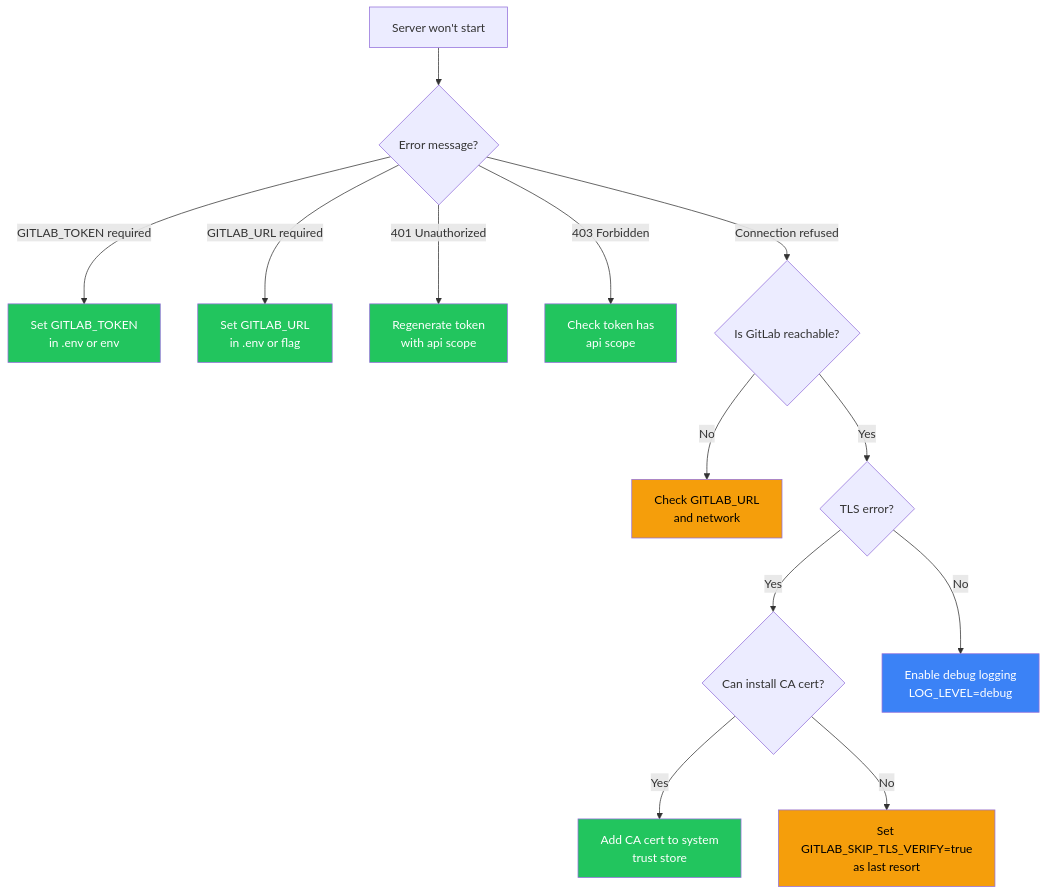
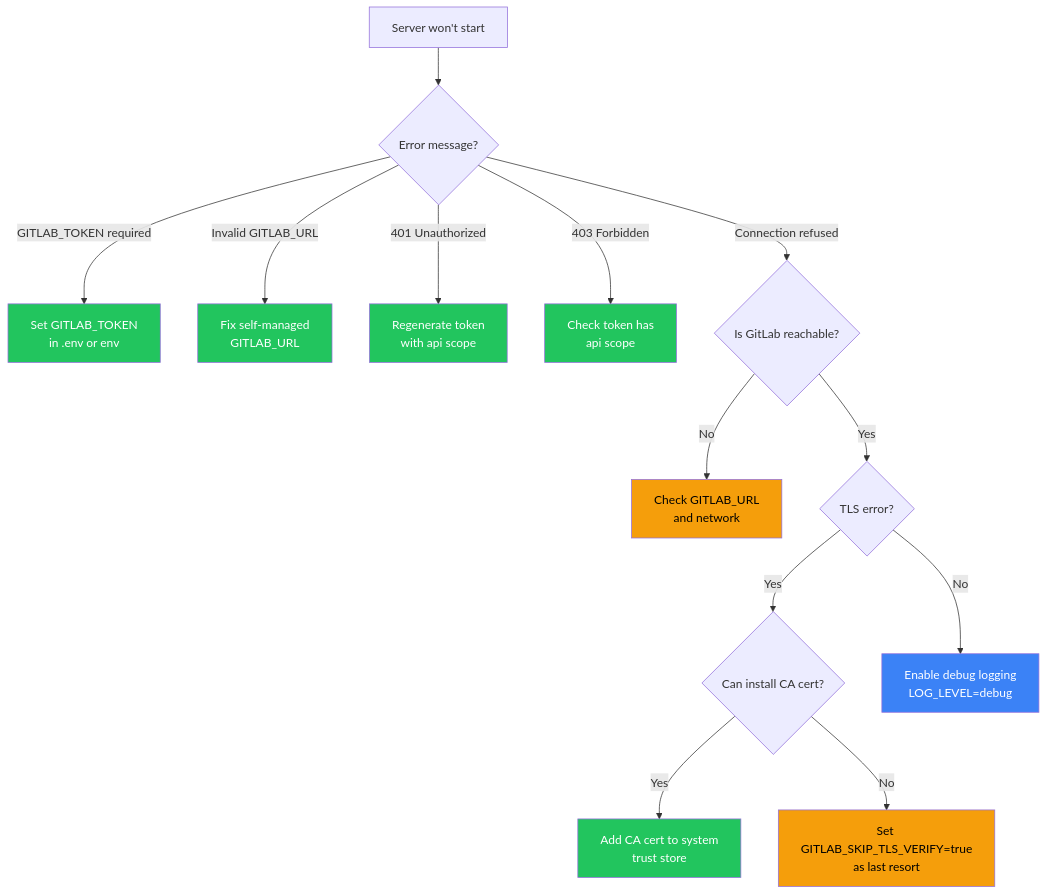
The diagram in site/src/content/docs/operations/troubleshooting.mdx (jmrplens/gitlab-mcp-server), drawn with Mermaid before and after one commit. The commit also changed other lines of this file and 43 other files, not shown here.

````diff
--- a/site/src/content/docs/operations/troubleshooting.mdx
+++ b/site/src/content/docs/operations/troubleshooting.mdx
@@ -14,24 +14,24 @@
 ```mermaid
 flowchart TD
     A[Server won't start] --> B{Error message?}
     B -->|GITLAB_TOKEN required| C[Set GITLAB_TOKEN<br/>in .env or env]
-    B -->|GITLAB_URL required| D[Set GITLAB_URL<br/>in .env or flag]
+    B -->|Invalid GITLAB_URL| D[Fix self-managed<br/>GITLAB_URL]
     B -->|401 Unauthorized| E[Regenerate token<br/>with api scope]
     B -->|403 Forbidden| F[Check token has<br/>api scope]
     B -->|Connection refused| G{Is GitLab reachable?}
     G -->|No| H[Check GITLAB_URL<br/>and network]
     G -->|Yes| I{TLS error?}
     I -->|Yes| J{Can install CA cert?}
     J -->|Yes| J1[Add CA cert to system<br/>trust store]
     J -->|No| J2[Set GITLAB_SKIP_TLS_VERIFY=true<br/>as last resort]
     I -->|No| K[Enable debug logging<br/>LOG_LEVEL=debug]
 
     style C fill:#22c55e,color:#fff
     style D fill:#22c55e,color:#fff
     style E fill:#22c55e,color:#fff
     style F fill:#22c55e,color:#fff
     style H fill:#f59e0b,color:#000
     style J1 fill:#22c55e,color:#fff
     style J2 fill:#f59e0b,color:#000
     style K fill:#3b82f6,color:#fff
 ```
````
